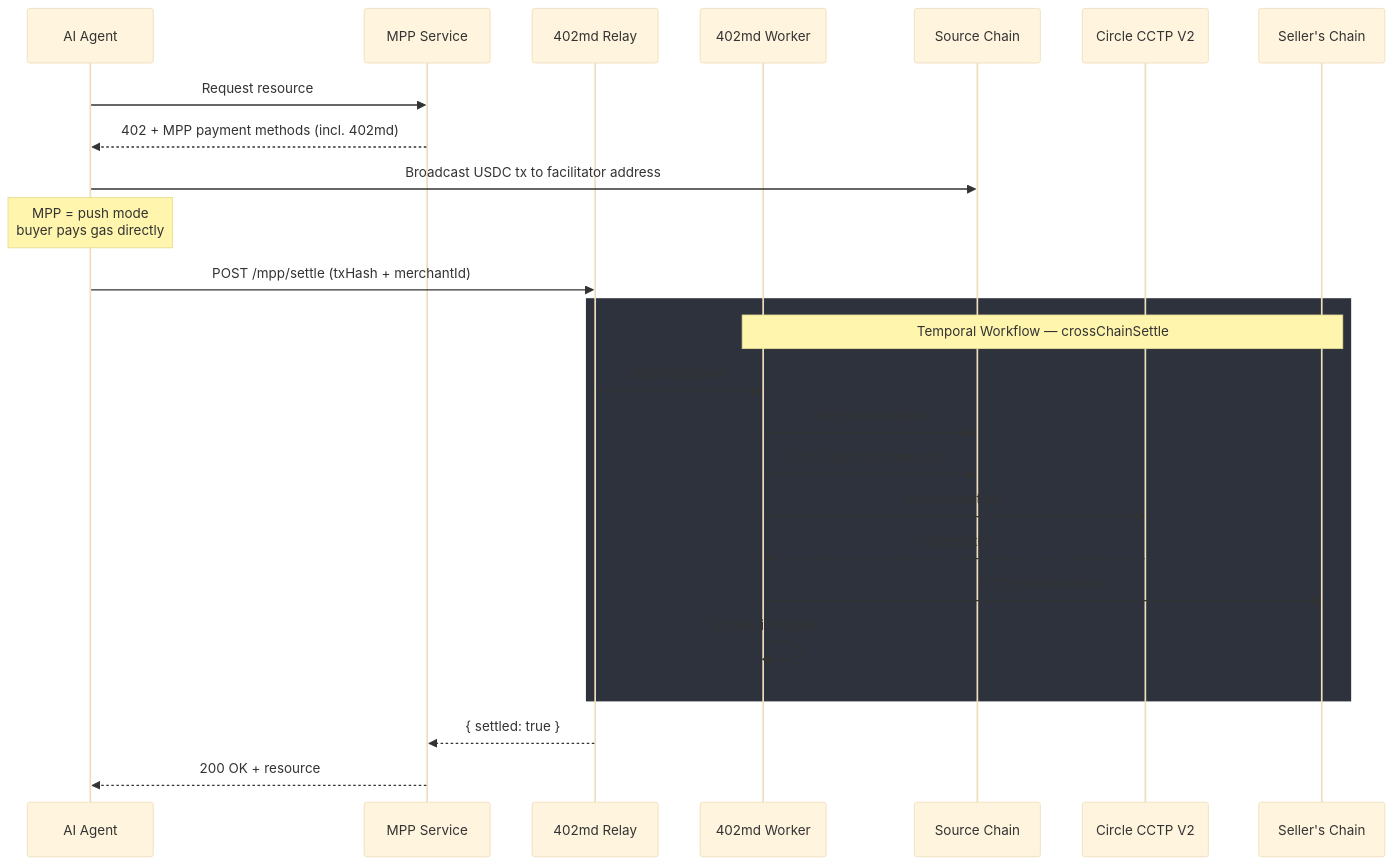
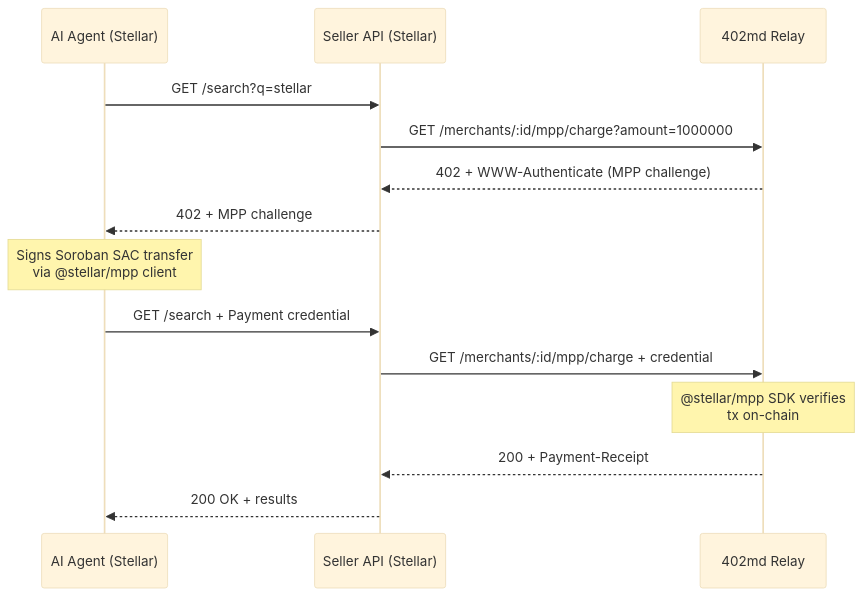
One commit to 402md/facilitator changed the fifth of 5 diagrams in README.md. Above: the diagram before and after it, drawn with Mermaid (base theme). The commit also changed other lines of this file, not shown here.

Commit message:
docs: update README with current architecture and endpoints

````diff
--- a/README.md
+++ b/README.md
@@ -133,32 +140,19 @@
 ```mermaid
 sequenceDiagram
-    participant Agent as AI Agent
-    participant Service as MPP Service
+    participant Agent as AI Agent (Stellar)
+    participant Seller as Seller API (Stellar)
     participant Relay as 402md Relay
-    participant Worker as 402md Worker
-    participant Source as Source Chain
-    participant CCTP as Circle CCTP V2
-    participant Dest as Seller's Chain
 
-    Agent->>Service: Request resource
-    Service-->>Agent: 402 + MPP payment methods (incl. 402md)
+    Agent->>Seller: GET /search?q=stellar
+    Seller->>Relay: GET /merchants/:id/mpp/charge?amount=1000000
+    Relay-->>Seller: 402 + WWW-Authenticate (MPP challenge)
+    Seller-->>Agent: 402 + MPP challenge
 
-    Agent->>Source: Broadcast USDC tx to facilitator address
-    Note over Agent: MPP = push mode<br/>buyer pays gas directly
+    Note over Agent: Signs Soroban SAC transfer<br/>via @stellar/mpp client
 
-    Agent->>Relay: POST /mpp/settle (txHash + merchantId)
-
-    rect rgb(45, 50, 60)
-        Note over Worker,Dest: Temporal Workflow — crossChainSettle
-        Relay->>Worker: startWorkflow()
-        Worker->>Source: Verify incoming tx
-        Worker->>Source: CCTP burn (net amount)
-        Worker->>CCTP: waitAttestation
-        CCTP-->>Worker: ✓ attestation
-        Worker->>Dest: CCTP mint to seller
-        Worker->>Worker: Record in ledger
-    end
-
-    Relay-->>Service: { settled: true }
-    Service-->>Agent: 200 OK + resource
+    Agent->>Seller: GET /search + Payment credential
+    Seller->>Relay: GET /merchants/:id/mpp/charge + credential
+    Note over Relay: @stellar/mpp SDK verifies<br/>tx on-chain
+    Relay-->>Seller: 200 + Payment-Receipt
+    Seller-->>Agent: 200 OK + results
 ```
````
